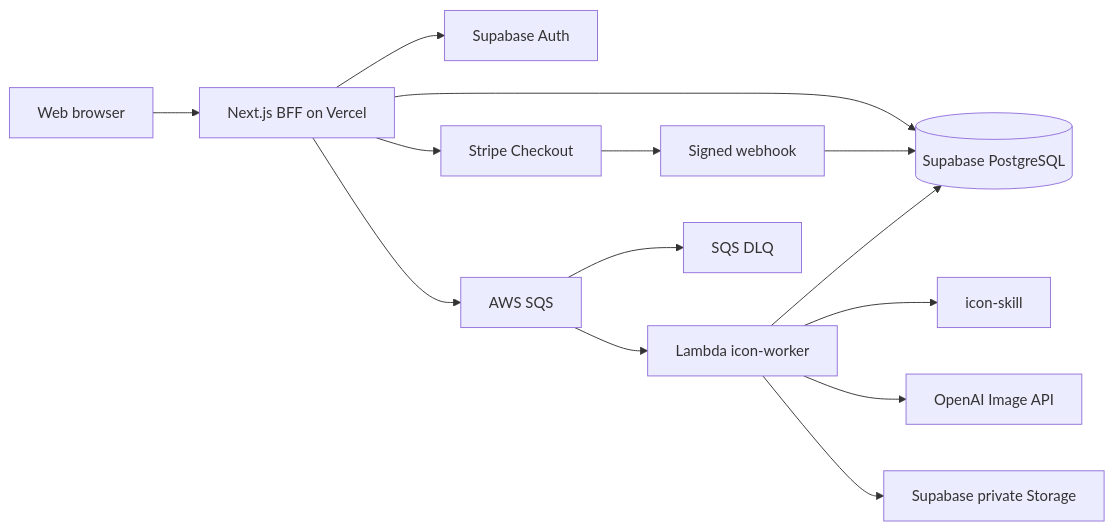
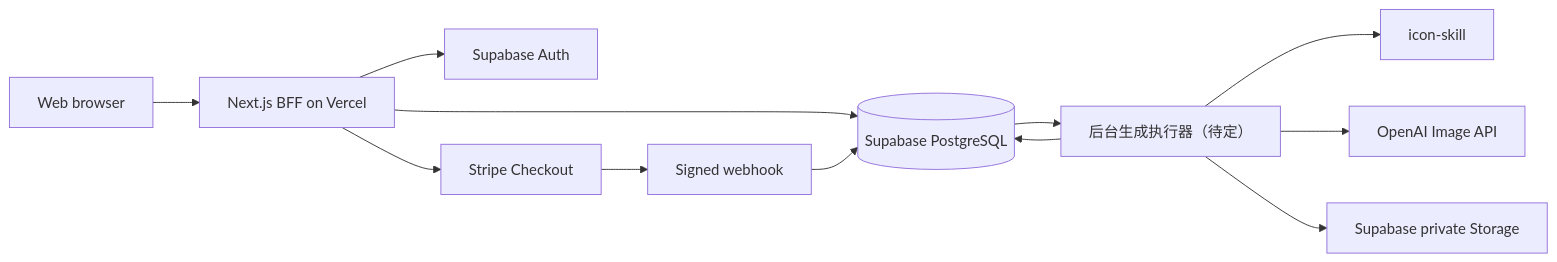
Before and after one commit to Caserla/icongen: the diagram in docs/architecture/backend.md, drawn with Mermaid. The commit also changed other lines of this file and 44 other files, not shown here.

````diff
--- a/docs/architecture/backend.md
+++ b/docs/architecture/backend.md
@@ -9,16 +9,14 @@
 ```mermaid
 flowchart LR
   Browser[Web browser] --> BFF[Next.js BFF on Vercel]
   BFF --> Auth[Supabase Auth]
   BFF --> DB[(Supabase PostgreSQL)]
   BFF --> Stripe[Stripe Checkout]
   Stripe --> Webhook[Signed webhook]
   Webhook --> DB
-  BFF --> Queue[AWS SQS]
-  Queue --> Worker[Lambda icon-worker]
+  DB --> Worker[后台生成执行器（待定）]
   Worker --> Skill[icon-skill]
   Worker --> OpenAI[OpenAI Image API]
   Worker --> Storage[Supabase private Storage]
   Worker --> DB
-  Queue --> DLQ[SQS DLQ]
 ```
````
